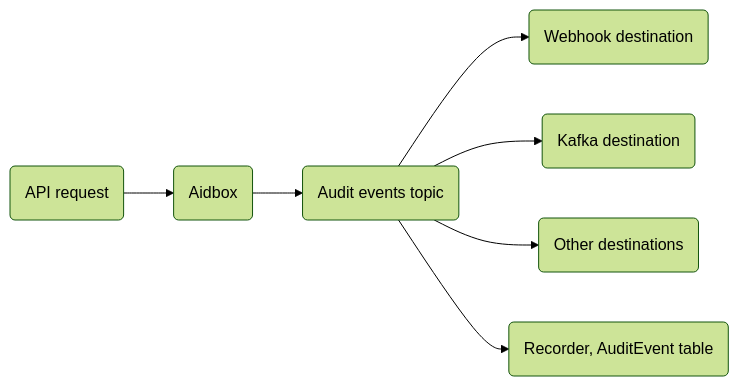
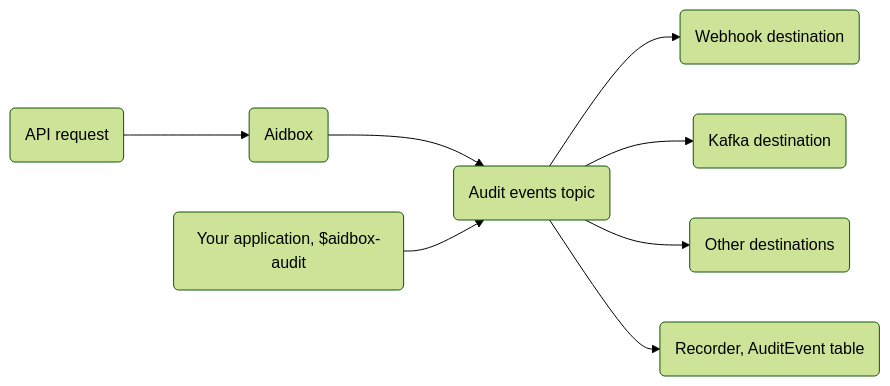
The diagram in docs/access-control/audit-and-logging.md (HealthSamurai/aidbox-docs), drawn with Mermaid (forest theme) before and after one commit. The commit also changed other lines of this file and 4 other files, not shown here.

First line of the commit message:
[#8177] Document $aidbox-audit operation

````diff
--- a/docs/access-control/audit-and-logging.md
+++ b/docs/access-control/audit-and-logging.md
@@ -38,9 +38,10 @@
 ```mermaid
 graph LR
     A(API request):::blue2 --> B(Aidbox):::green2
     B --> C(Audit events topic):::violet2
+    H(Your application, $aidbox-audit):::blue2 --> C
     C --> D(Webhook destination):::neutral2
     C --> E(Kafka destination):::neutral2
     C --> F(Other destinations):::neutral2
     C --> G(Recorder, AuditEvent table):::neutral2
 ```
````
